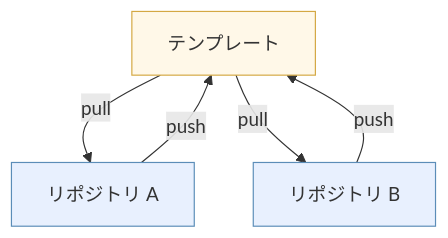
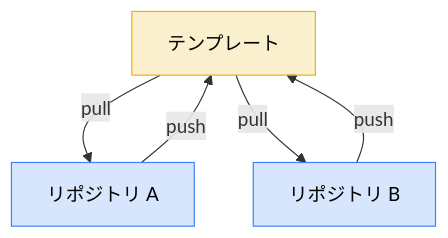
One commit to tktcorporation/zenn-contents changed the first of 6 diagrams in articles/ziku-bidirectional-template-manager.md. Above: the diagram before and after it, drawn with Mermaid. The commit also changed other lines of this file, not shown here.

First line of the commit message:
ziku記事: 見出しレベル調整、Mermaid色をダークモード対応に

````diff
--- a/articles/ziku-bidirectional-template-manager.md
+++ b/articles/ziku-bidirectional-template-manager.md
@@ -64,11 +64,12 @@
 ```mermaid
 graph TB
     T["テンプレート"] -- pull --> A["リポジトリ A"]
     T -- pull --> B["リポジトリ B"]
     A -- push --> T
     B -- push --> T
 
-    style T fill:#fff8e8,stroke:#d4a843
-    style A fill:#e8f0fe,stroke:#5b8db8
-    style B fill:#e8f0fe,stroke:#5b8db8
+    classDef tpl fill:#eab30833,stroke:#eab308,color:inherit
+    classDef proj fill:#3b82f633,stroke:#3b82f6,color:inherit
+    class T tpl
+    class A,B proj
 ```
````
